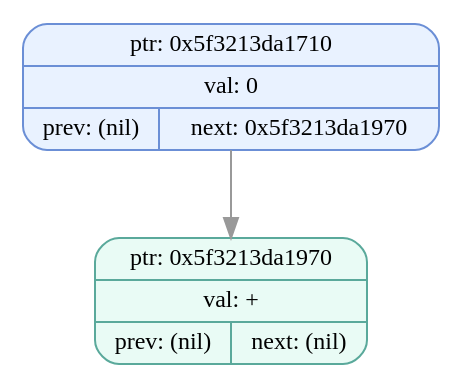
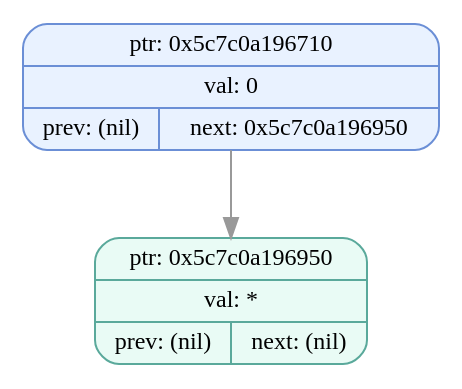
Before and after one commit to EvilTomato9890/Difference: the diagram in dumps/tree_dump_000.dot, drawn with Graphviz. The commit also changed 34 other files, not shown here.

```diff
--- a/dumps/tree_dump_000.dot
+++ b/dumps/tree_dump_000.dot
@@ -1,7 +1,7 @@
 digraph T{
   node [fontname="Fira Mono",shape=record,style="filled,rounded",fontsize=12];
   graph [splines=true, nodesep=0.6, ranksep=0.6];
-  node_0x5f3213da1710[shape=record,label="{ {ptr: 0x5f3213da1710} | {val: 0} | { prev: (nil) | next: 0x5f3213da1970 } }",color="#6b8fd6",fillcolor="#e9f2ff"];
-  node_0x5f3213da1970[shape=record,label="{ {ptr: 0x5f3213da1970} | {val: +} | { prev: (nil) | next: (nil) } }",color="#5aa99b",fillcolor="#e9fbf5"];
-  node_0x5f3213da1710 -> node_0x5f3213da1970 [color="#999999"];
+  node_0x5c7c0a196710[shape=record,label="{ {ptr: 0x5c7c0a196710} | {val: 0} | { prev: (nil) | next: 0x5c7c0a196950 } }",color="#6b8fd6",fillcolor="#e9f2ff"];
+  node_0x5c7c0a196950[shape=record,label="{ {ptr: 0x5c7c0a196950} | {val: *} | { prev: (nil) | next: (nil) } }",color="#5aa99b",fillcolor="#e9fbf5"];
+  node_0x5c7c0a196710 -> node_0x5c7c0a196950 [color="#999999"];
 }
```
